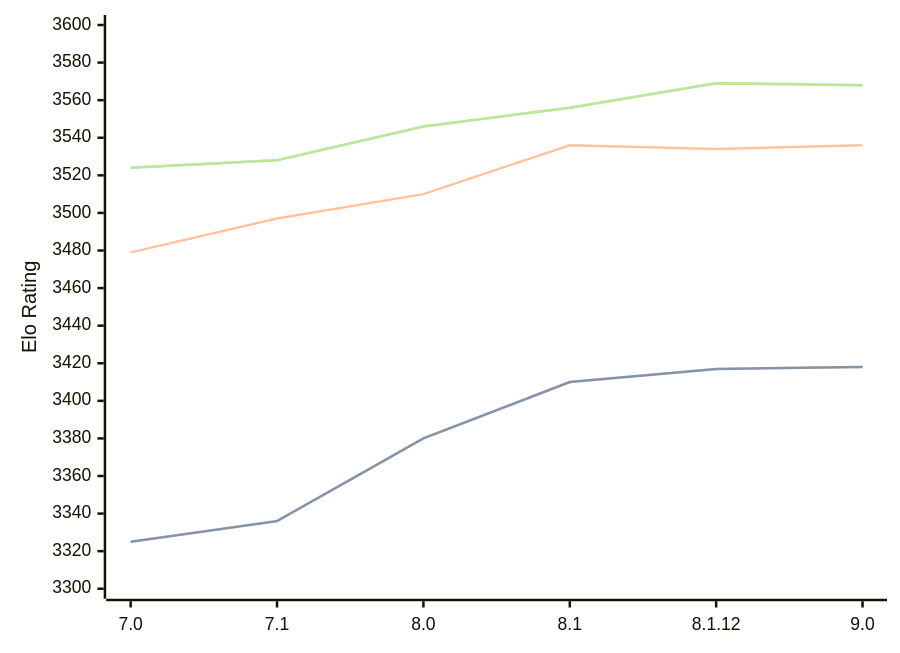
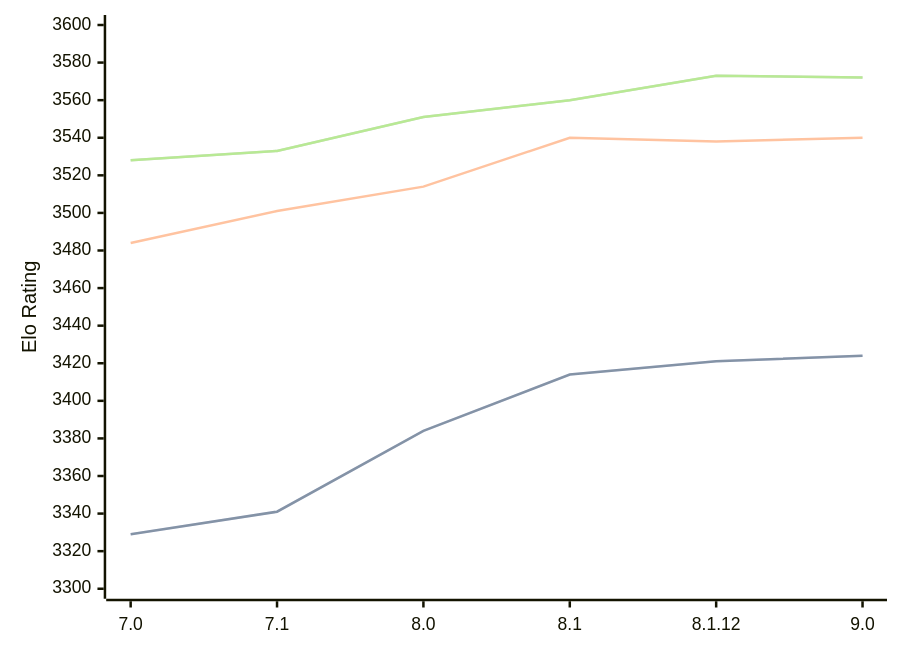
One commit to computer-chess-index/cci changed the diagram in engines/Alexandria.md. Above: the diagram before and after it, drawn with Mermaid. The commit also changed other lines of this file, not shown here.

Commit message:
Update CCI Ratings (ELO VLTC) - 2026-08-18

````diff
--- a/engines/Alexandria.md
+++ b/engines/Alexandria.md
@@ -36,11 +36,11 @@
 ```mermaid
 %%{init: {"theme":"base","themeVariables":{"seriesColors:['#a3a3a3','#222221','#faa371']}}}%%
 xychart-beta
   x-axis ["7.0", "7.1", "8.0", "8.1", "8.1.12", "9.0"]
   y-axis "Elo Rating" 3300 --> 3600
-  line "STC (8.0+0.08s)" [3325, 3336, 3380, 3410, 3417, 3418]
-  line "STC (8.0+0.08s)" [3325, 3336, 3380, 3410, 3417, 3418]
-  line "LTC (60.0+0.60s)" [3479, 3497, 3510, 3536, 3534, 3536]
-  line "VLTC (2m24s+1.12s)" [3524, 3528, 3546, 3556, 3569, 3568]
-  line "VLTC (2m24s+1.12s)" [3524, 3528, 3546, 3556, 3569, 3568]
+  line "STC (8.0+0.08s)" [3329, 3341, 3384, 3414, 3421, 3424]
+  line "STC (8.0+0.08s)" [3329, 3341, 3384, 3414, 3421, 3424]
+  line "LTC (60.0+0.60s)" [3484, 3501, 3514, 3540, 3538, 3540]
+  line "VLTC (2m24s+1.12s)" [3528, 3533, 3551, 3560, 3573, 3572]
+  line "VLTC (2m24s+1.12s)" [3528, 3533, 3551, 3560, 3573, 3572]
 ```
````
